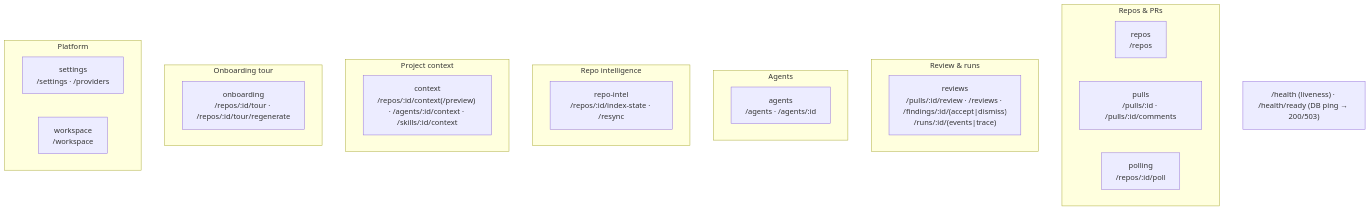
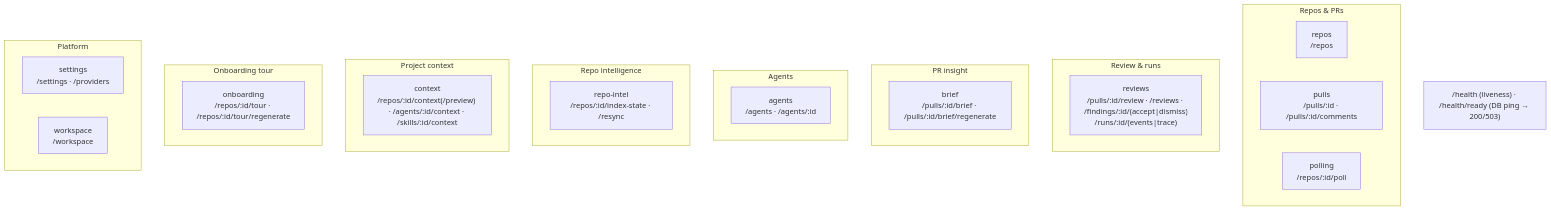
One commit to agent-marat-khasanov/dev-digest changed the second of 2 diagrams in server/README.md. Above: the diagram before and after it, drawn with Mermaid. The commit also changed 3 other files, not shown here.

````diff
--- a/server/README.md
+++ b/server/README.md
@@ -64,28 +64,31 @@
 ```mermaid
 flowchart TB
   subgraph Repos_PRs["Repos & PRs"]
     repos["repos<br/>/repos"]
     pulls["pulls<br/>/pulls/:id · /pulls/:id/comments"]
     polling["polling<br/>/repos/:id/poll"]
   end
   subgraph Review["Review & runs"]
     reviews["reviews<br/>/pulls/:id/review · /reviews · /findings/:id/(accept|dismiss)<br/>/runs/:id/(events|trace)"]
+  end
+  subgraph PrInsight["PR insight"]
+    brief["brief<br/>/pulls/:id/brief · /pulls/:id/brief/regenerate"]
   end
   subgraph Agents["Agents"]
     agents["agents<br/>/agents · /agents/:id"]
   end
   subgraph Intel["Repo intelligence"]
     repoIntel["repo-intel<br/>/repos/:id/index-state · /resync"]
   end
   subgraph Context["Project context"]
     context["context<br/>/repos/:id/context(/preview) · /agents/:id/context · /skills/:id/context"]
   end
   subgraph Onboarding["Onboarding tour"]
     onboarding["onboarding<br/>/repos/:id/tour · /repos/:id/tour/regenerate"]
   end
   subgraph Platform["Platform"]
     settings["settings<br/>/settings · /providers"]
     workspace["workspace<br/>/workspace"]
   end
   HEALTH["/health (liveness) · /health/ready (DB ping → 200/503)"]
 ```
````
